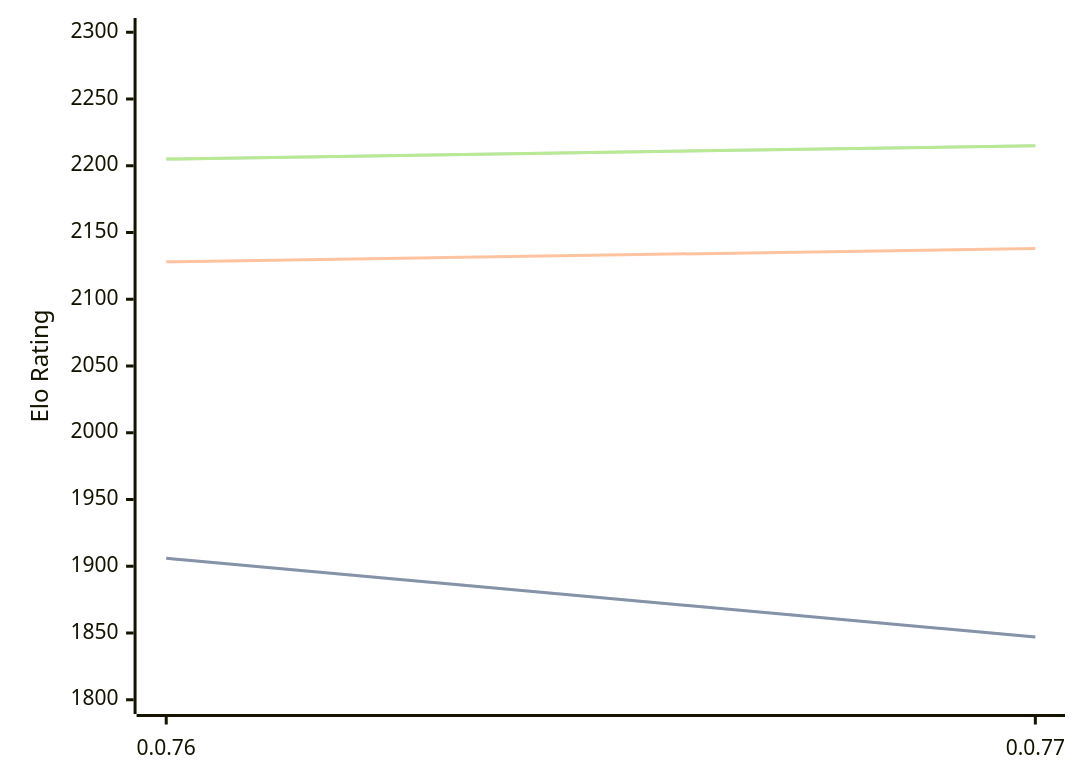
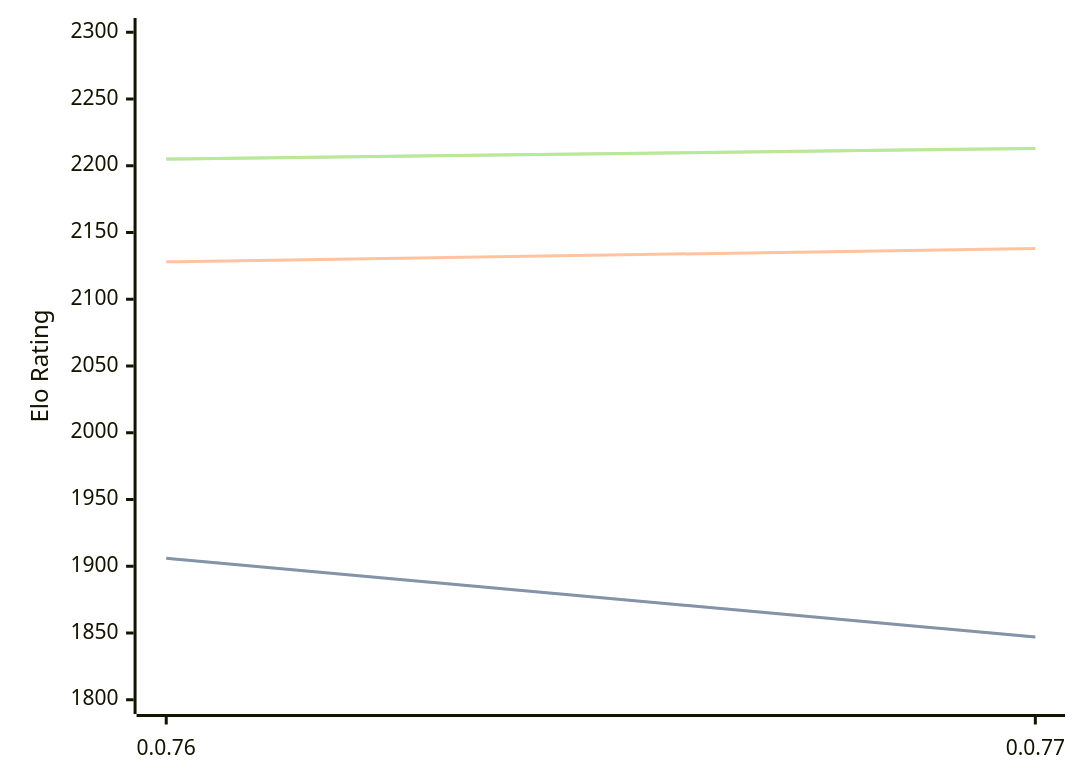
Before and after one commit to computer-chess-index/cci: the third of 3 diagrams in engines/Fktb.md, drawn with Mermaid. The commit also changed other lines of this file, not shown here.

Commit message:
Update CCI Ratings (ELO VLTC) - 2026-07-15

````diff
--- a/engines/Fktb.md
+++ b/engines/Fktb.md
@@ -65,11 +65,11 @@
 ```mermaid
 %%{init: {"theme":"base","themeVariables":{"seriesColors:['#a3a3a3','#222221','#faa371']}}}%%
 xychart-beta
   x-axis ["0.0.76", "0.0.77"]
   y-axis "Elo Rating" 1800 --> 2300
   line "STC (8.0+0.08s)" [1906, 1847]
   line "STC (8.0+0.08s)" [1906, 1847]
   line "LTC (60.0+0.60s)" [2128, 2138]
-  line "VLTC (2m24s+1.12s)" [2205, 2215]
-  line "VLTC (2m24s+1.12s)" [2205, 2215]
+  line "VLTC (2m24s+1.12s)" [2205, 2213]
+  line "VLTC (2m24s+1.12s)" [2205, 2213]
 ```
````
